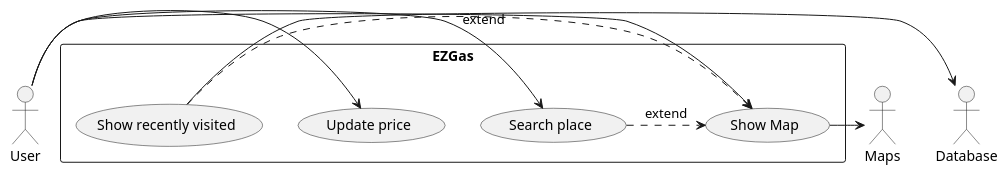
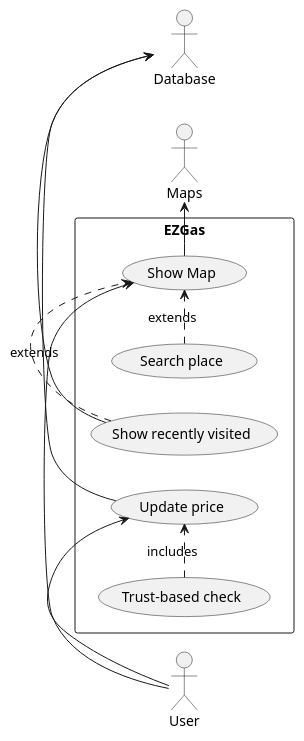
The second of 2 diagrams in REQ_s280124.md (SoftengPoliTo/Lab2), drawn with PlantUML before and after one commit. The commit also changed other lines of this file, not shown here.

Commit message:
add FR2.1 - Perform trust-based check before updating price

````diff
--- a/REQ_s280124.md
+++ b/REQ_s280124.md
@@ -104,18 +106,21 @@
 ```plantuml
+left to right direction
 actor User as U
 actor Database as DB
 actor Maps as M
 rectangle EZGas {
 	usecase "Show Map" as FR1
 	usecase "Search place" as FR1.1
+	usecase "Show recently visited" as FR1.2
 	usecase "Update price" as FR2
-	usecase "Show recently visited" as FR1.2
+	usecase "Trust-based check" as FR2.1
 }
 U -> FR1
-U -> FR1.1
 U -> FR2
 FR1 -> M
-FR1.1 .> FR1 : extend
-FR1.2 .> FR1 : extend
+FR1.1 .> FR1 : extends
+FR1.2 .> FR1 : extends
 FR1.2 -> DB
+FR2 -> DB
+FR2.1 .> FR2 : includes
 ```
````
